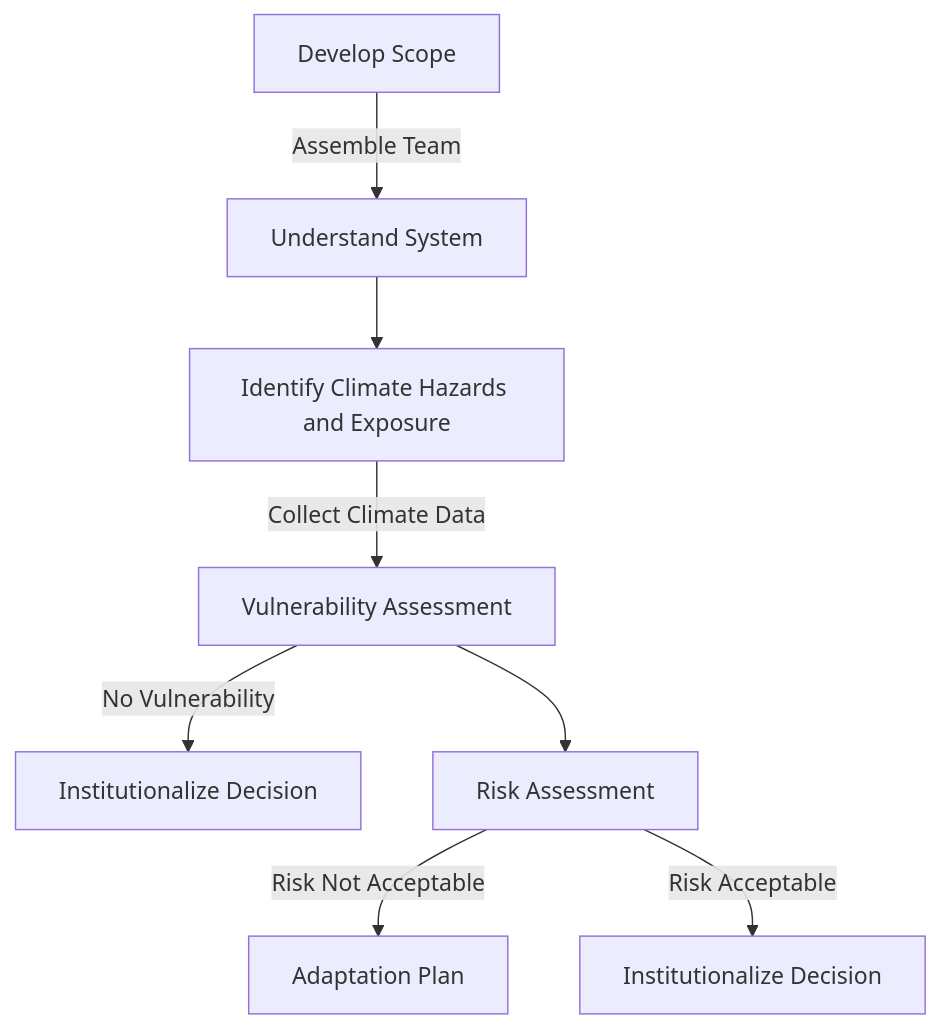
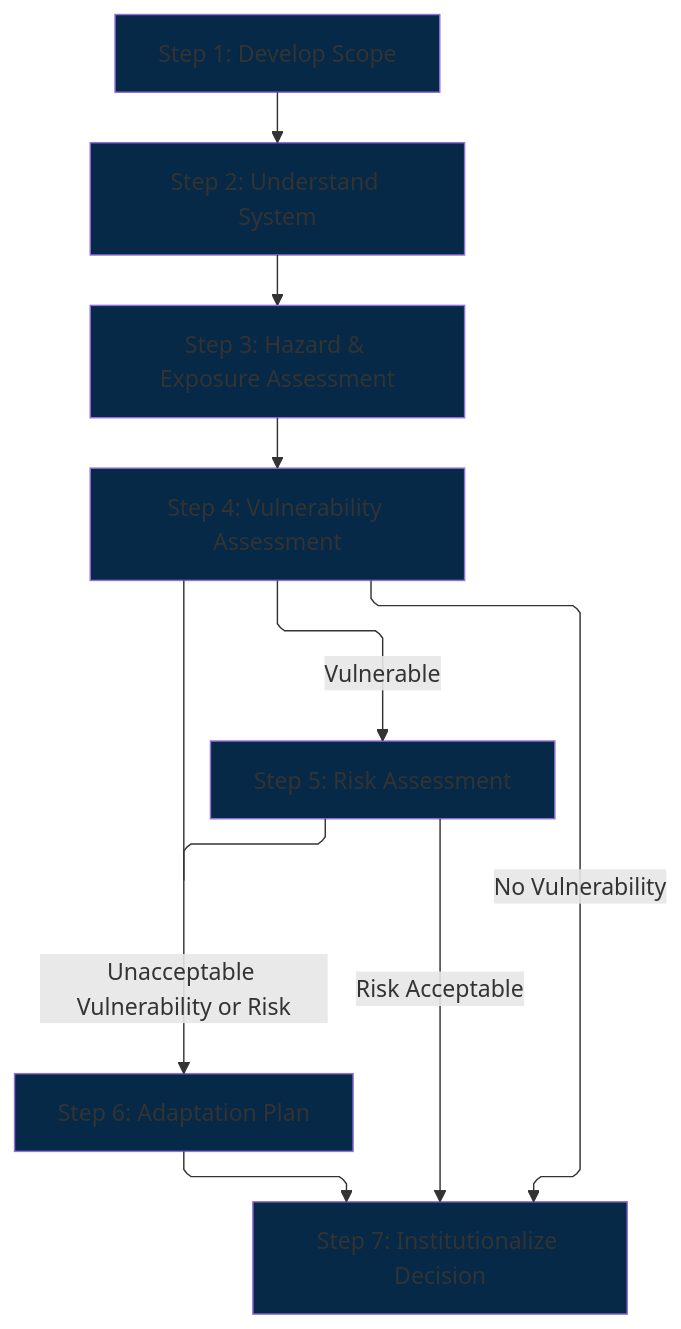
The diagram in ecdg_report/adaptation/risk_assessment.qmd (Ouranosinc/energy_climate_data_guide), drawn with Mermaid before and after one commit. The commit also changed other lines of this file and 10 other files, not shown here.

````diff
--- a/ecdg_report/adaptation/risk_assessment.qmd
+++ b/ecdg_report/adaptation/risk_assessment.qmd
@@ -68,10 +63,25 @@
 ```{mermaid}
-flowchart TD
-    A[Develop Scope] -->|Assemble Team| B[Understand System]
-    B --> C[Identify Climate Hazards and Exposure]
-    C --> |Collect Climate Data| D[Vulnerability Assessment]
-    D --> |No Vulnerability| G[Institutionalize Decision]
-    D --> E[Risk Assessment]
-    E --> |Risk Not Acceptable| F[Adaptation Plan]
-    E --> |Risk Acceptable| H[Institutionalize Decision]
+%%| fig-align: center
+%%| fig-cap: "Generic Workflow for Adaptation"
+---
+config:
+    flowchart:
+        curve: linear
+---
+flowchart-elk TD
+    A[Step 1: Develop Scope]:::basic --> B[Step 2: Understand System]:::basic
+    B --> C[Step 3: Hazard & Exposure Assessment]:::basic
+    C --> D[Step 4: Vulnerability Assessment]:::basic
+    H[Step 7: Institutionalize Decision]:::basic
+    D --> |No Vulnerability| H
+    D --> |Vulnerable| E[Step 5: Risk Assessment]:::basic
+    F[Step 6: Adaptation Plan]:::basic
+    D & E --- J1[ ]:::join
+    J1 --> |Unacceptable Vulnerability or Risk| F
+    E --> |Risk Acceptable| H
+    F --> H
+
+    classDef basic fill:#052946
+    classDef focus fill:#CE153D
+    classDef join height:0px
 ```
````
